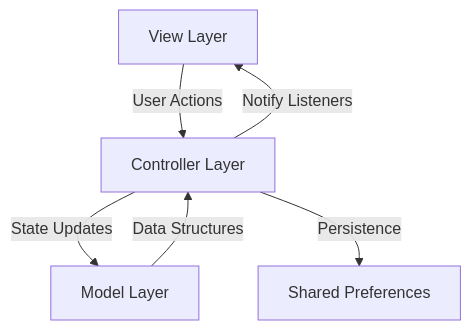
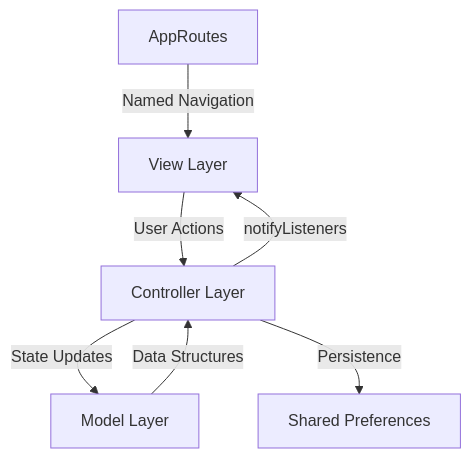
The diagram in README.md (cybersleuth0/slack_ui), drawn with Mermaid before and after one commit. The commit also changed other lines of this file, not shown here.

````diff
--- a/README.md
+++ b/README.md
@@ -59,8 +58,9 @@
 ```mermaid
 graph TD
     A[View Layer] -->|User Actions| B[Controller Layer]
-    B -->|Notify Listeners| A
+    B -->|notifyListeners| A
     B -->|State Updates| C[Model Layer]
     C -->|Data Structures| B
     B -->|Persistence| D[Shared Preferences]
+    E[AppRoutes] -->|Named Navigation| A
 ```
````
